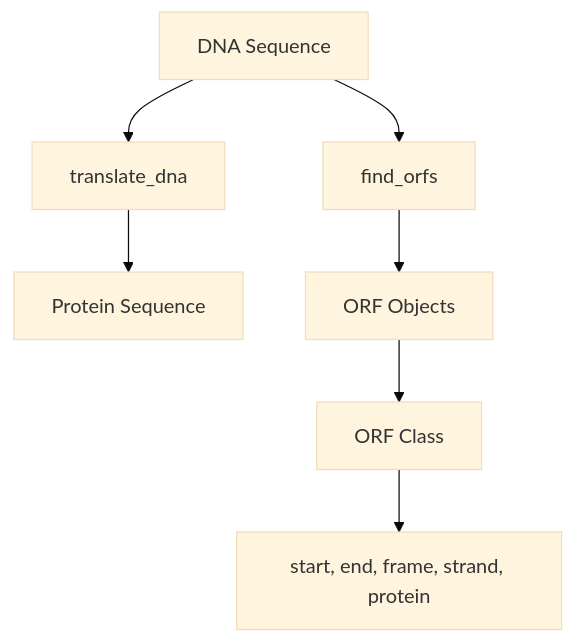
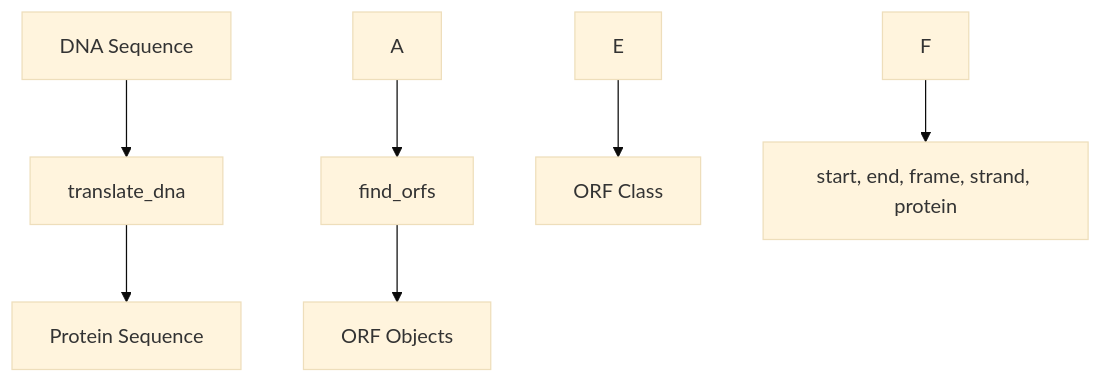
The diagram in docs/dna/translation.md (docxology/MetaInformAnt), drawn with Mermaid (base theme) before and after one commit. The commit also changed 611 other files, not shown here.

````diff
--- a/docs/dna/translation.md
+++ b/docs/dna/translation.md
@@ -6,7 +6,7 @@
 ```mermaid
 flowchart TD
-  A[DNA Sequence] --> B[translate_dna] --> C[Protein Sequence]
-  A --> D[find_orfs] --> E[ORF Objects]
-  E --> F[ORF Class]
-  F --> G[start, end, frame, strand, protein]
+  AdnaSequence[DNA Sequence] --> BtranslateDna[translate_dna] --> CproteinSequence[Protein Sequence]
+  A --> DfindOrfs[find_orfs] --> EorfObjects[ORF Objects]
+  E --> ForfClass[ORF Class]
+  F --> Gstart,End,Frame,Strand,Protein[start, end, frame, strand, protein]
 ```
````
